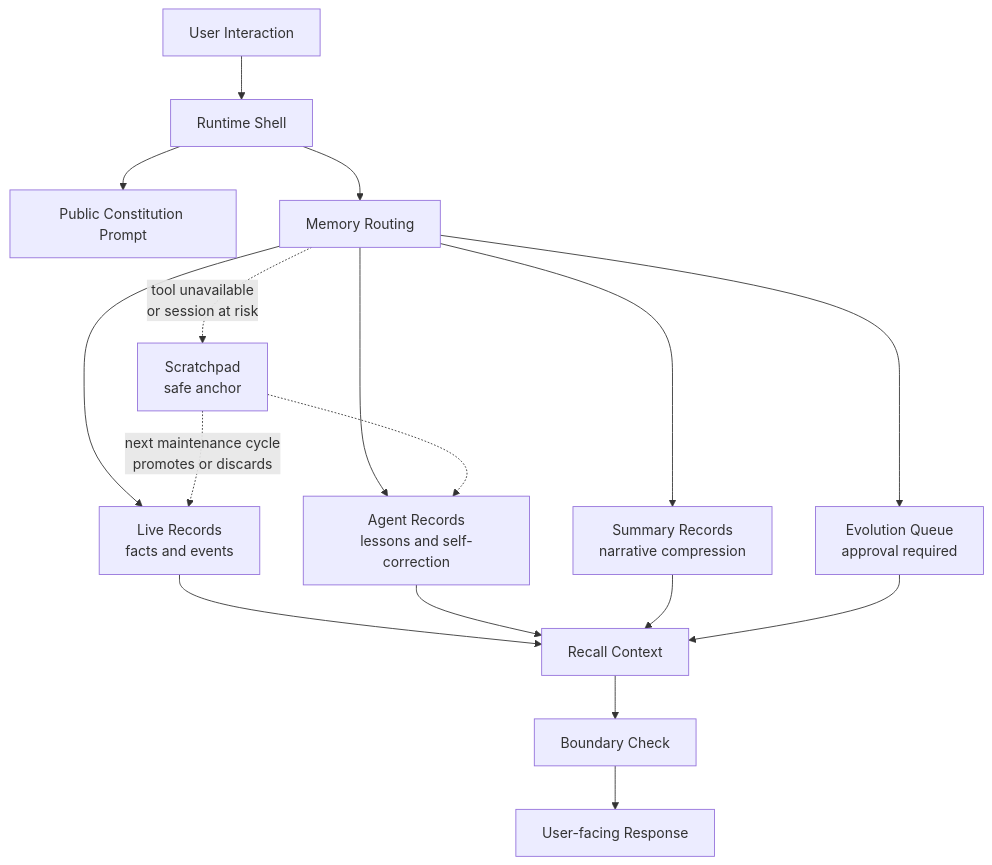
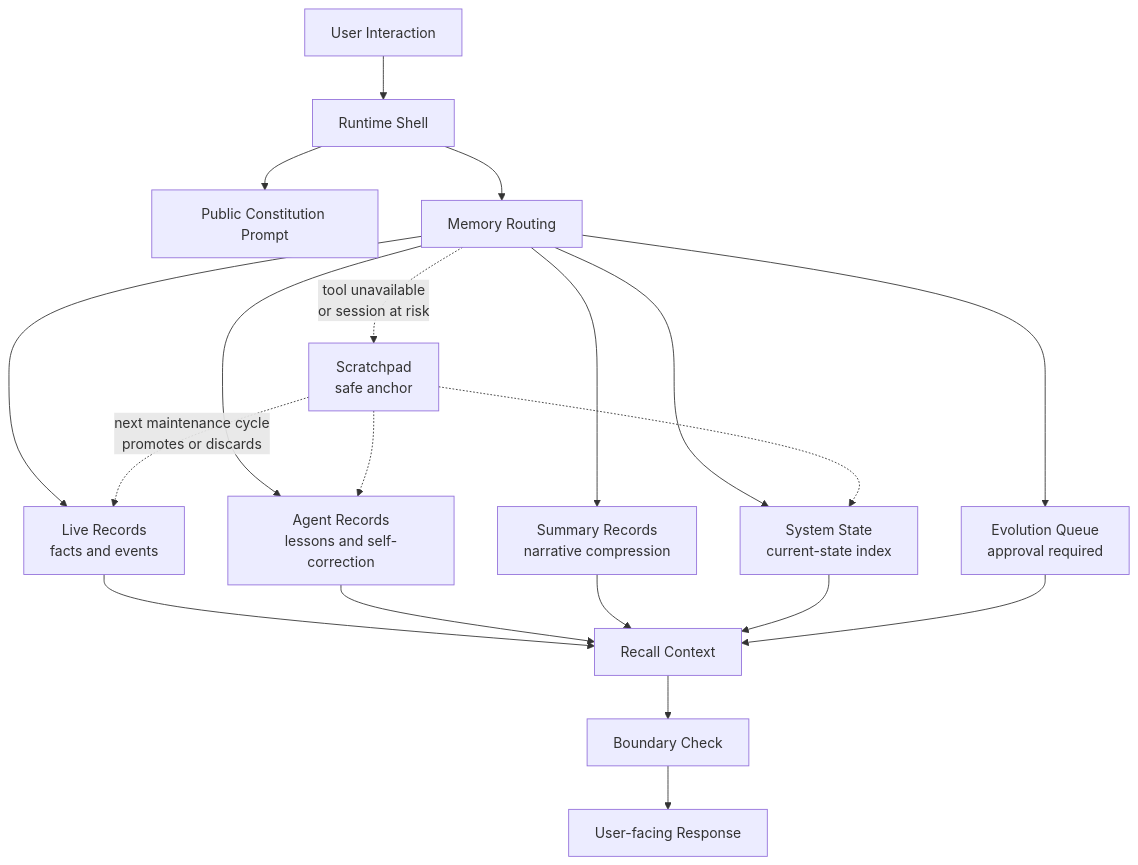
One commit to GSL-R/arona-soul-agent-memory changed the diagram in README.md. Above: the diagram before and after it, drawn with Mermaid. The commit also changed 7 other files, not shown here.

````diff
--- a/README.md
+++ b/README.md
@@ -43,22 +43,25 @@
 ```mermaid
 flowchart TD
     U[User Interaction] --> R[Runtime Shell]
     R --> P[Public Constitution Prompt]
     R --> M[Memory Routing]
 
     M --> L[Live Records<br/>facts and events]
     M --> A[Agent Records<br/>lessons and self-correction]
     M --> S[Summary Records<br/>narrative compression]
+    M --> ST[System State<br/>current-state index]
     M --> E[Evolution Queue<br/>approval required]
     M -.->|tool unavailable<br/>or session at risk| SC[Scratchpad<br/>safe anchor]
 
     L --> C[Recall Context]
     A --> C
     S --> C
+    ST --> C
     E --> C
     SC -.->|next maintenance cycle<br/>promotes or discards| L
+    SC -.-> ST
     SC -.-> A
 
     C --> B[Boundary Check]
     B --> O[User-facing Response]
 ```
````
